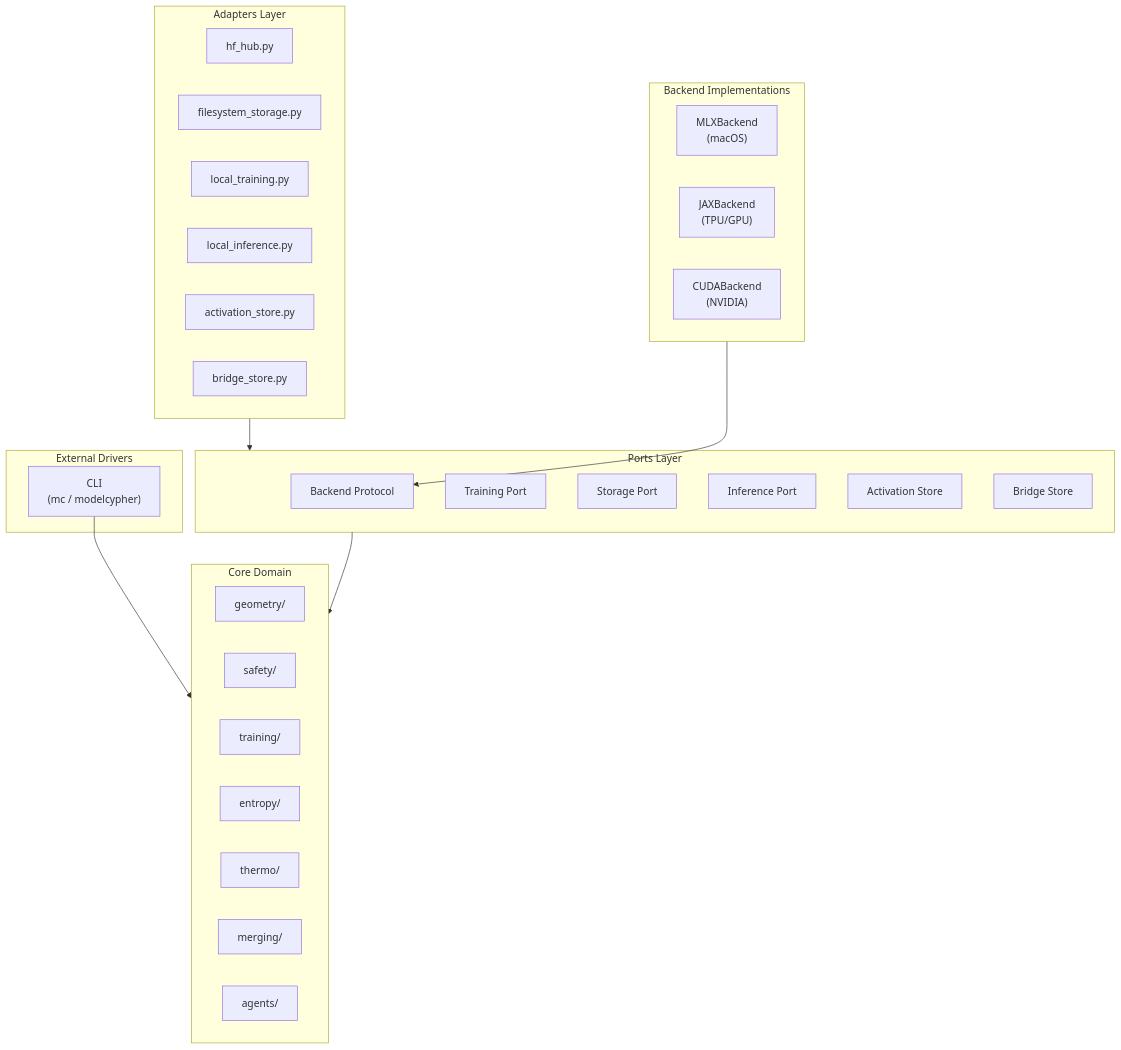
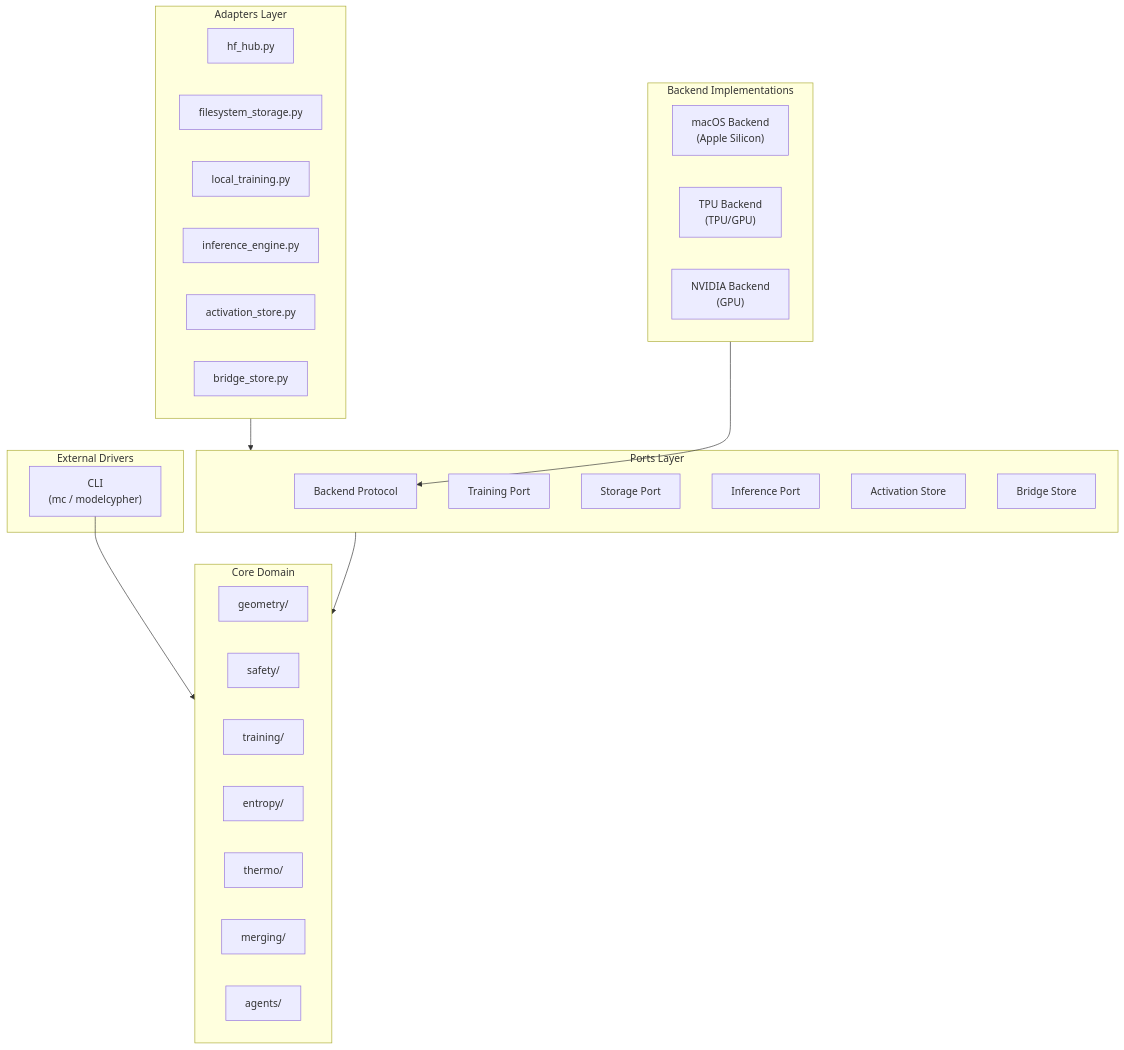
The first of 4 diagrams in docs/ARCHITECTURE.md (Ethyros-AI/ModelCypher), drawn with Mermaid before and after one commit. The commit also changed other lines of this file and 35 other files, not shown here.

````diff
--- a/docs/ARCHITECTURE.md
+++ b/docs/ARCHITECTURE.md
@@ -11,45 +11,45 @@
 ```mermaid
 flowchart TB
     subgraph EXTERNAL["External Drivers"]
         CLI["CLI<br/>(mc / modelcypher)"]
     end
 
     subgraph ADAPTERS["Adapters Layer"]
         HF["hf_hub.py"]
         FS["filesystem_storage.py"]
         LT["local_training.py"]
-        LI["local_inference.py"]
+        LI["inference_engine.py"]
         AS["activation_store.py"]
         BR["bridge_store.py"]
     end
 
     subgraph PORTS["Ports Layer"]
         BE["Backend Protocol"]
         TR["Training Port"]
         ST["Storage Port"]
         INF["Inference Port"]
         ACT["Activation Store"]
         BRS["Bridge Store"]
     end
 
     subgraph DOMAIN["Core Domain"]
         GEO["geometry/"]
         SAFE["safety/"]
         TRAIN["training/"]
         ENT["entropy/"]
         THERM["thermo/"]
         MERGE["merging/"]
         AGT["agents/"]
     end
 
     subgraph BACKENDS["Backend Implementations"]
-        MLX["MLXBackend<br/>(macOS)"]
-        JAX["JAXBackend<br/>(TPU/GPU)"]
-        CUDA["CUDABackend<br/>(NVIDIA)"]
+        MAC["macOS Backend<br/>(Apple Silicon)"]
+        TPU["TPU Backend<br/>(TPU/GPU)"]
+        NVIDIA["NVIDIA Backend<br/>(GPU)"]
     end
 
     CLI --> DOMAIN
     ADAPTERS --> PORTS
     PORTS --> DOMAIN
     BACKENDS --> BE
 ```
````
